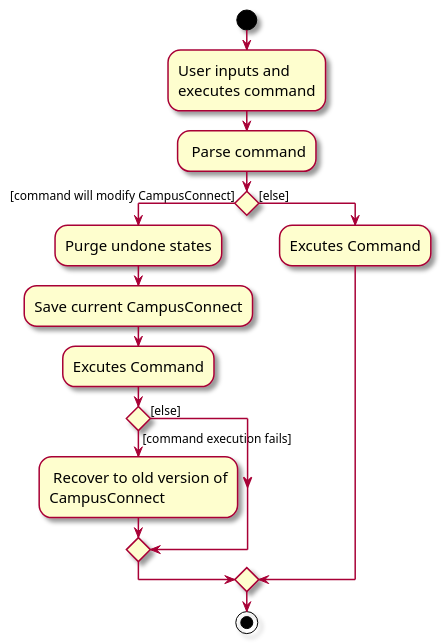
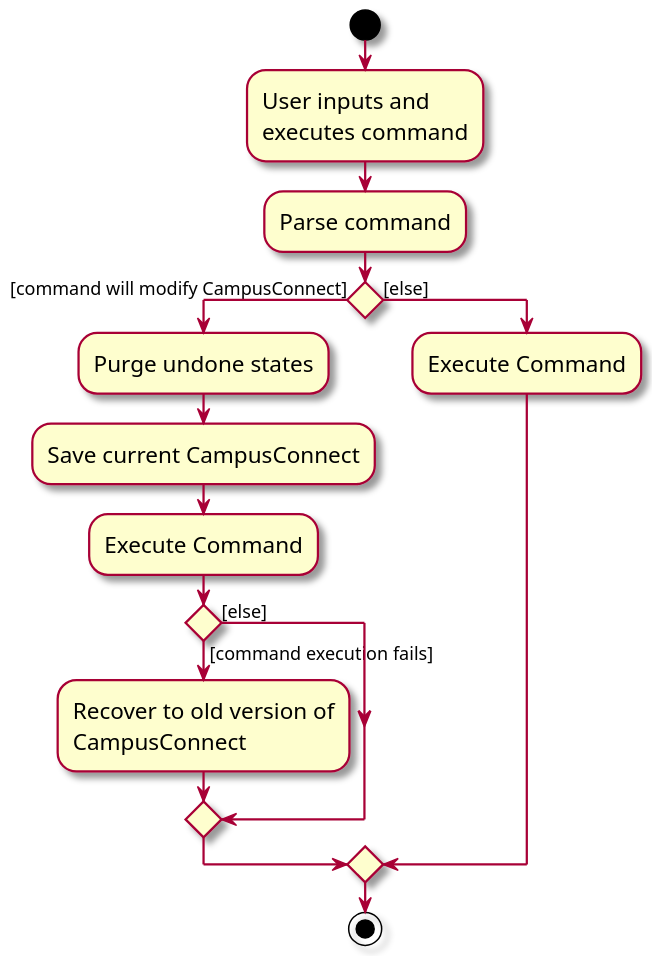
One commit to nus-cs2103-AY2425S1/tp changed the diagram in docs/diagrams/CommitActivityDiagram.puml. Above: the diagram before and after it, drawn with PlantUML.

Commit message:
Fix typos and increase size of diagram

```diff
--- a/docs/diagrams/CommitActivityDiagram.puml
+++ b/docs/diagrams/CommitActivityDiagram.puml
@@ -1,25 +1,26 @@
 @startuml
+scale 1.5
 skin rose
 skinparam ActivityFontSize 15
 skinparam ArrowFontSize 12
 start
 :User inputs and
 executes command;
+:Parse command;
 
 'Since the beta syntax does not support placing the condition outside the
 'diamond we place it as the true branch instead.
-: Parse command;
 if () then ([command will modify CampusConnect])
     :Purge undone states;
     :Save current CampusConnect;
-    :Excutes Command;
+    :Execute Command;
     if () then ([command execution fails])
-    : Recover to old version of
+    :Recover to old version of
     CampusConnect;
     else ([else])
     endif
 else ([else])
-:Excutes Command;
+:Execute Command;
 endif
 stop
 @enduml
```
